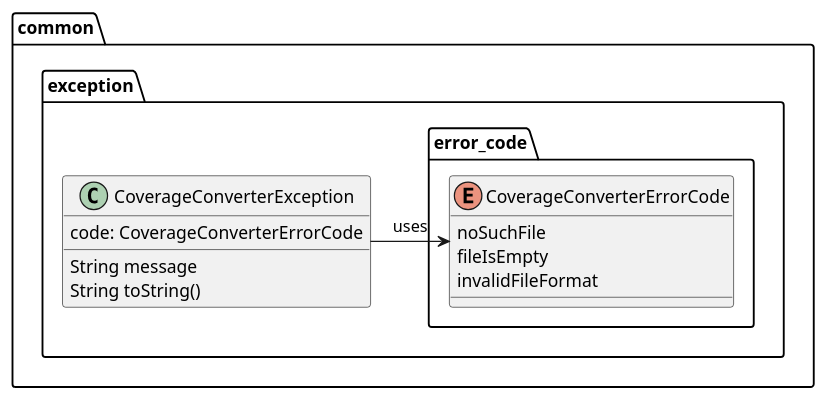
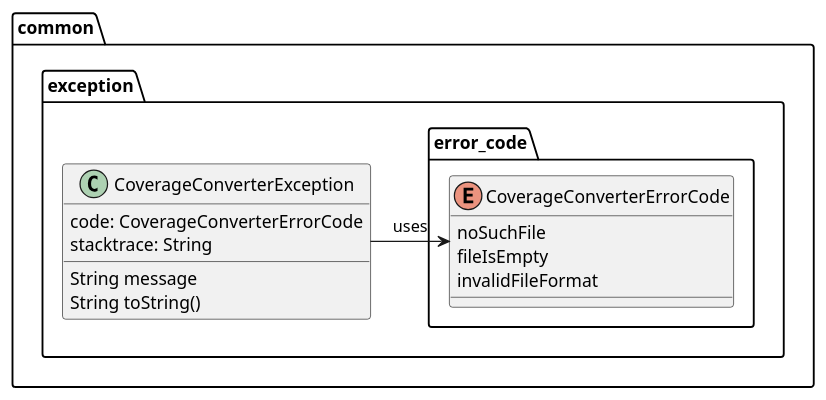
The diagram in metrics/coverage_converter/docs/diagrams/converter_exception_class_diagram.puml (Flank/flank-dashboard), drawn with PlantUML before and after one commit. The commit also changed 1 other file, not shown here.

```diff
--- a/metrics/coverage_converter/docs/diagrams/converter_exception_class_diagram.puml
+++ b/metrics/coverage_converter/docs/diagrams/converter_exception_class_diagram.puml
@@ -1,25 +1,26 @@
 @startuml converter_exception_class_diagram
 
 
 package common.exception {
     class CoverageConverterException{
         code: CoverageConverterErrorCode
+        stacktrace: String
         {method} String message
         String toString()
     }
 
 
     package error_code {
         enum CoverageConverterErrorCode {
             noSuchFile
             fileIsEmpty
             invalidFileFormat
         }
     }
 
 }
 
 
 CoverageConverterException -> CoverageConverterErrorCode : uses
 
 @enduml
```
